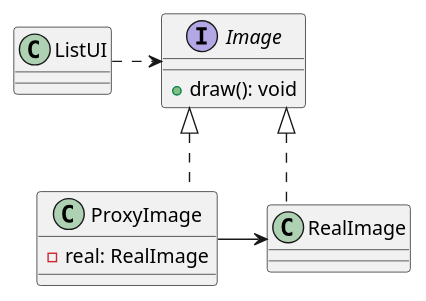
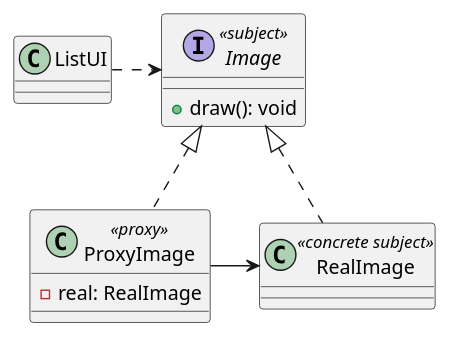
The diagram in juwon.kim/ch07/resources/05-proxy.puml (meshkorea/study-oop-pattern), drawn with PlantUML before and after one commit. The commit also changed 16 other files, not shown here.

```diff
--- a/juwon.kim/ch07/resources/05-proxy.puml
+++ b/juwon.kim/ch07/resources/05-proxy.puml
@@ -1,20 +1,20 @@
 @startuml
 
-skinparam linetype ortho
+'skinparam linetype ortho
 
 class ListUI {}
 
-interface Image {
+interface Image <<subject>> {
   + draw(): void
 }
 
-class ProxyImage implements Image {
+class ProxyImage <<proxy>> implements Image {
   - real: RealImage
 }
 
-class RealImage implements Image {}
+class RealImage <<concrete subject>> implements Image {}
 
 ListUI .> Image
 ProxyImage -> RealImage
 
 @enduml
```
